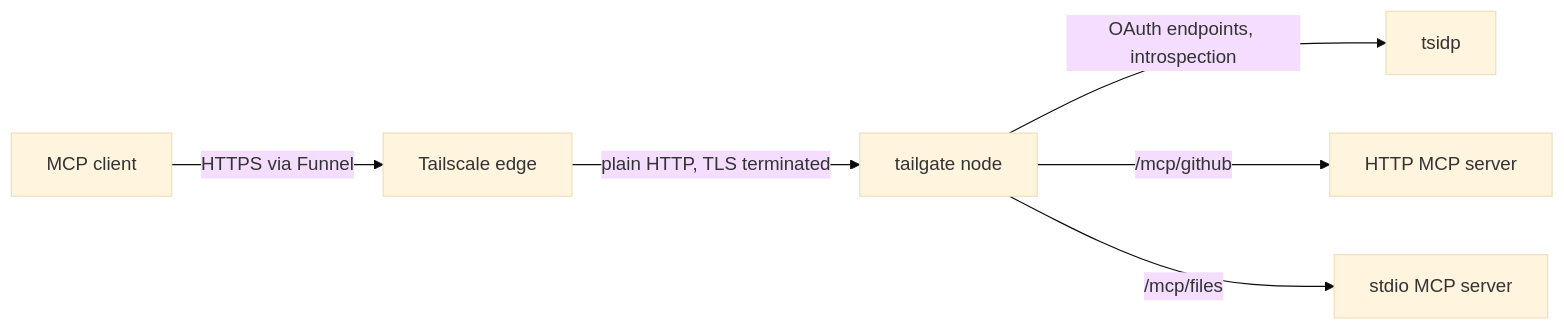
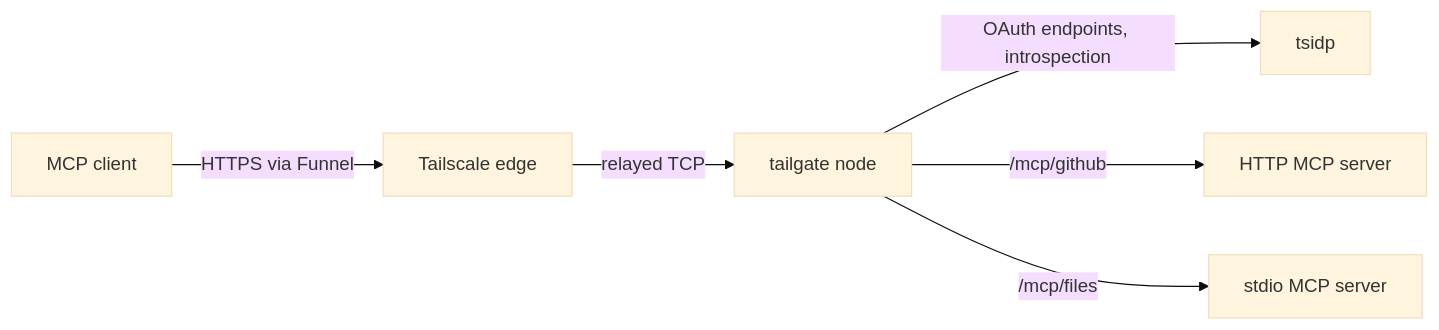
Before and after one commit to bendrucker/tailgate: the diagram in README.md, drawn with Mermaid (base theme). The commit also changed other lines of this file and 58 other files, not shown here.

````diff
--- a/README.md
+++ b/README.md
@@ -11,8 +11,8 @@
 ```mermaid
 flowchart LR
   client[MCP client] -->|HTTPS via Funnel| edge[Tailscale edge]
-  edge -->|plain HTTP, TLS terminated| tg[tailgate node]
+  edge -->|relayed TCP| tg[tailgate node]
   tg -->|OAuth endpoints, introspection| idp[tsidp]
   tg -->|/mcp/github| u1[HTTP MCP server]
   tg -->|/mcp/files| u2[stdio MCP server]
 ```
````
